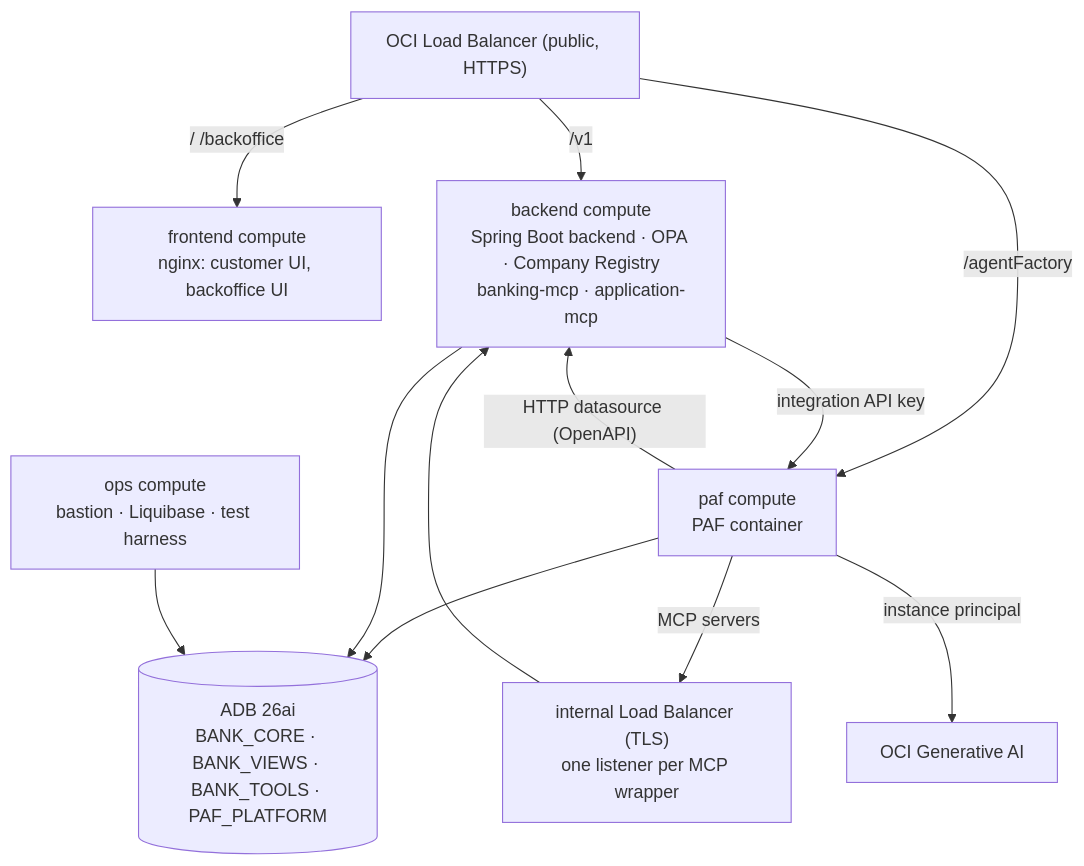
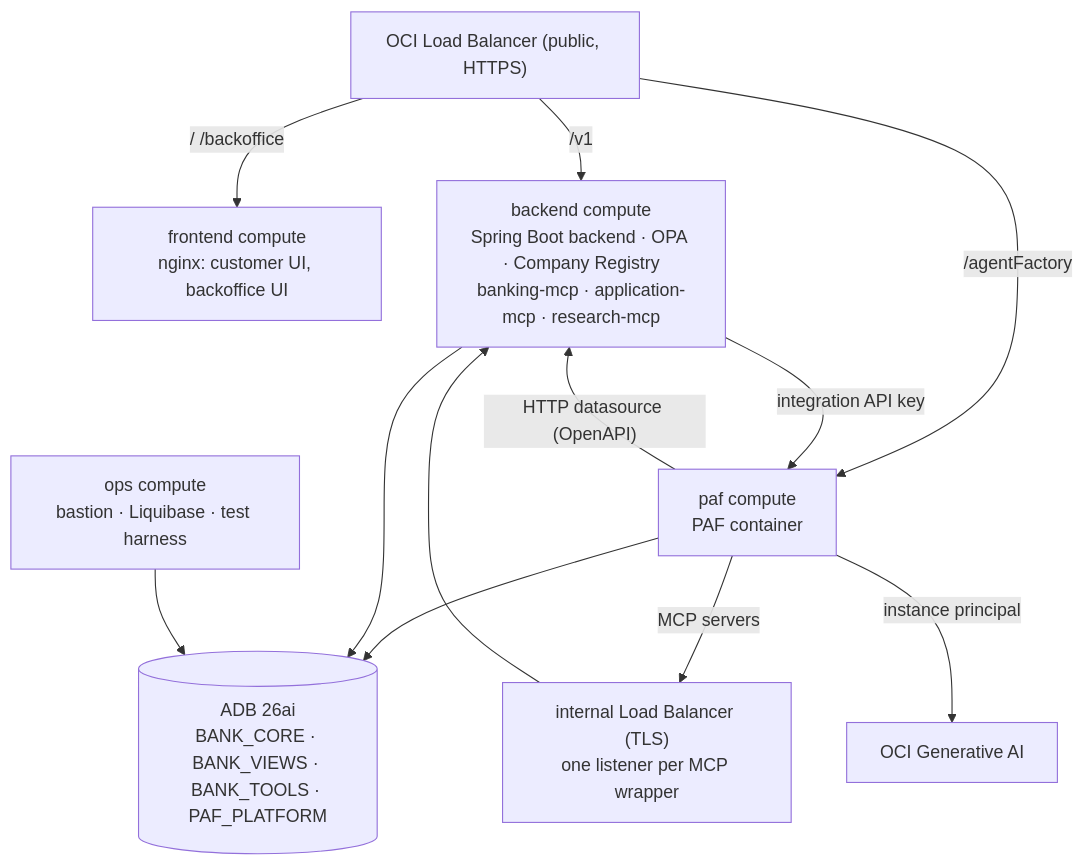
Before and after one commit to vmleon/oracle-database-private-agent-factory-poc: the diagram in docs/DEPLOYMENT.md, drawn with Mermaid. The commit also changed other lines of this file, not shown here.

Commit message:
docs: name research-mcp in the backend tier's wrapper inventory

````diff
--- a/docs/DEPLOYMENT.md
+++ b/docs/DEPLOYMENT.md
@@ -54,22 +54,22 @@
 ```mermaid
 flowchart TB
     lb["OCI Load Balancer (public, HTTPS)"]
     front["frontend compute<br/>nginx: customer UI, backoffice UI"]
-    back["backend compute<br/>Spring Boot backend · OPA · Company Registry<br/>banking-mcp · application-mcp"]
+    back["backend compute<br/>Spring Boot backend · OPA · Company Registry<br/>banking-mcp · application-mcp · research-mcp"]
     ilb["internal Load Balancer (TLS)<br/>one listener per MCP wrapper"]
     paf["paf compute<br/>PAF container"]
     genai["OCI Generative AI"]
     adb[("ADB 26ai<br/>BANK_CORE · BANK_VIEWS · BANK_TOOLS · PAF_PLATFORM")]
     ops["ops compute<br/>bastion · Liquibase · test harness"]
 
     lb -- "/  /backoffice" --> front
     lb -- "/v1" --> back
     lb -- "/agentFactory" --> paf
     back -- "integration API key" --> paf
     paf -- "MCP servers" --> ilb --> back
     paf -- "HTTP datasource (OpenAPI)" --> back
     paf -- "instance principal" --> genai
     paf --> adb
     back --> adb
     ops --> adb
 ```
````
